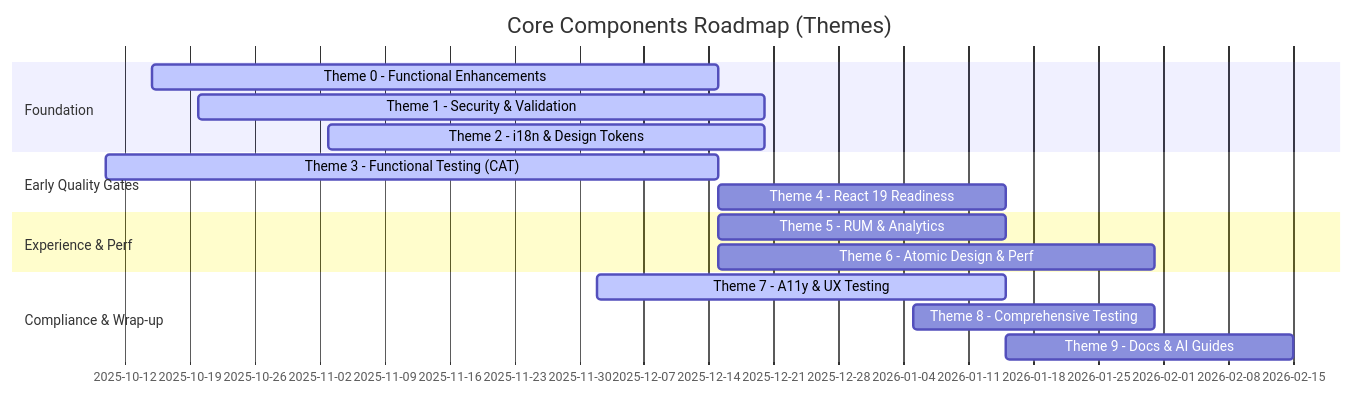
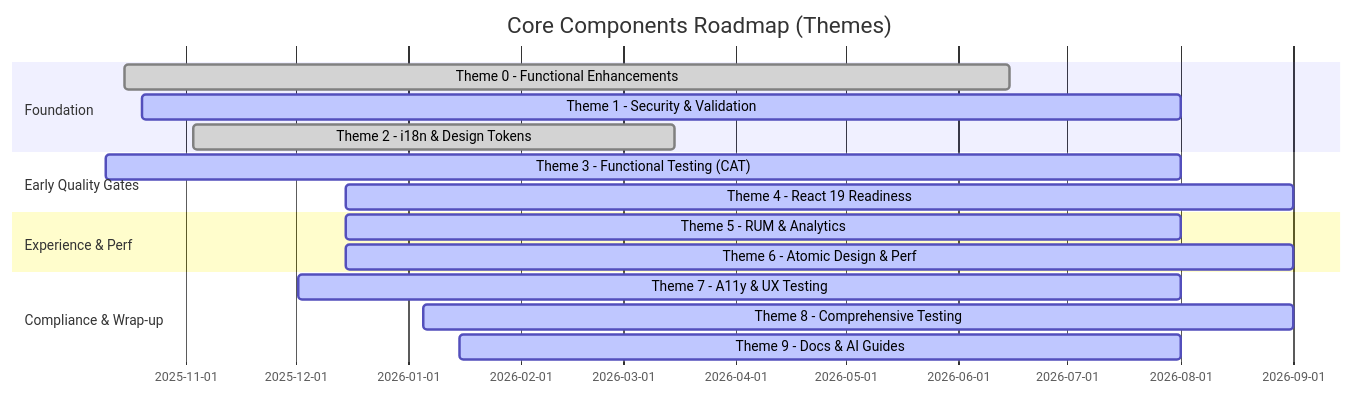
The diagram in embedded-components/src/core/DEVELOPMENT_ROADMAP.md (jpmorgan-payments/embedded-finance), drawn with Mermaid before and after one commit. The commit also changed other lines of this file and 16 other files, not shown here.

````diff
--- a/embedded-components/src/core/DEVELOPMENT_ROADMAP.md
+++ b/embedded-components/src/core/DEVELOPMENT_ROADMAP.md
@@ -33,23 +41,23 @@
 ```mermaid
 gantt
     title Core Components Roadmap (Themes)
     dateFormat  YYYY-MM-DD
 
     section Foundation
-    Theme 0 - Functional Enhancements    :active, t0, 2025-10-15, 2025-12-15
-    Theme 1 - Security & Validation      :active, t1, 2025-10-20, 2025-12-20
-    Theme 2 - i18n & Design Tokens       :active, t2, 2025-11-03, 2025-12-20
+    Theme 0 - Functional Enhancements    :done, t0, 2025-10-15, 2026-06-15
+    Theme 1 - Security & Validation      :active, t1, 2025-10-20, 2026-08-01
+    Theme 2 - i18n & Design Tokens       :done, t2, 2025-11-03, 2026-03-15
 
     section Early Quality Gates
-    Theme 3 - Functional Testing (CAT)   :active, t3, 2025-10-10, 2025-12-15
-    Theme 4 - React 19 Readiness         :t4, 2025-12-15, 2026-01-15
+    Theme 3 - Functional Testing (CAT)   :active, t3, 2025-10-10, 2026-08-01
+    Theme 4 - React 19 Readiness         :active, t4, 2025-12-15, 2026-09-01
 
     section Experience & Perf
-    Theme 5 - RUM & Analytics            :t5, 2025-12-15, 2026-01-15
-    Theme 6 - Atomic Design & Perf       :t6, 2025-12-15, 2026-01-31
+    Theme 5 - RUM & Analytics            :active, t5, 2025-12-15, 2026-08-01
+    Theme 6 - Atomic Design & Perf       :active, t6, 2025-12-15, 2026-09-01
 
     section Compliance & Wrap-up
-    Theme 7 - A11y & UX Testing          :active, t7, 2025-12-02, 2026-01-15
-    Theme 8 - Comprehensive Testing      :t8, 2026-01-05, 2026-01-31
-    Theme 9 - Docs & AI Guides           :t9, 2026-01-15, 2026-02-15
+    Theme 7 - A11y & UX Testing          :active, t7, 2025-12-02, 2026-08-01
+    Theme 8 - Comprehensive Testing      :active, t8, 2026-01-05, 2026-09-01
+    Theme 9 - Docs & AI Guides           :active, t9, 2026-01-15, 2026-08-01
 ```
````
